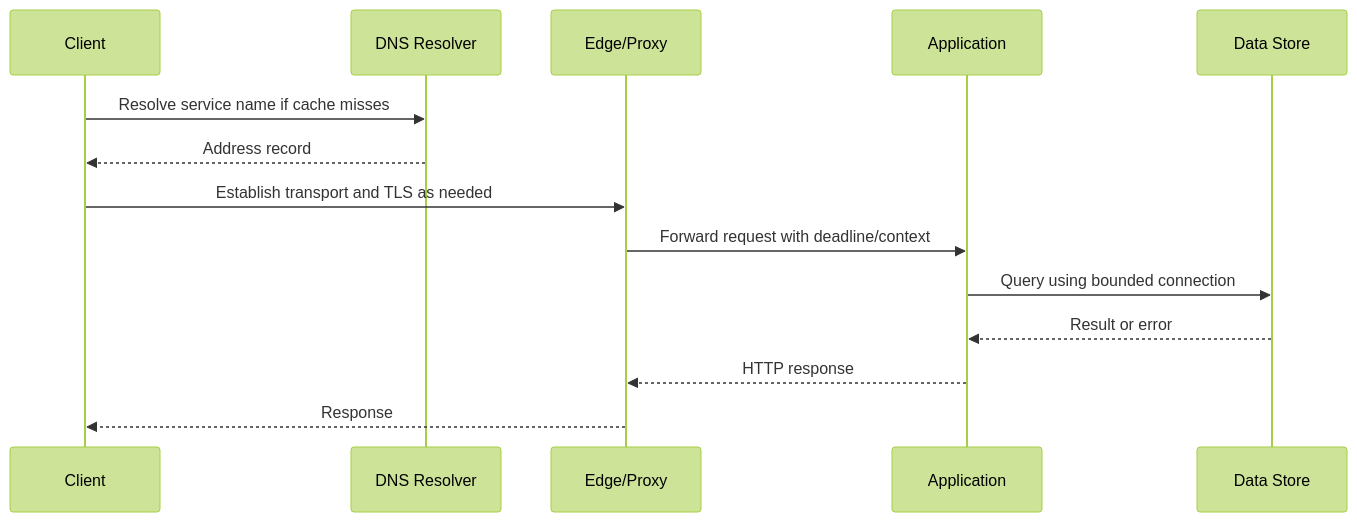
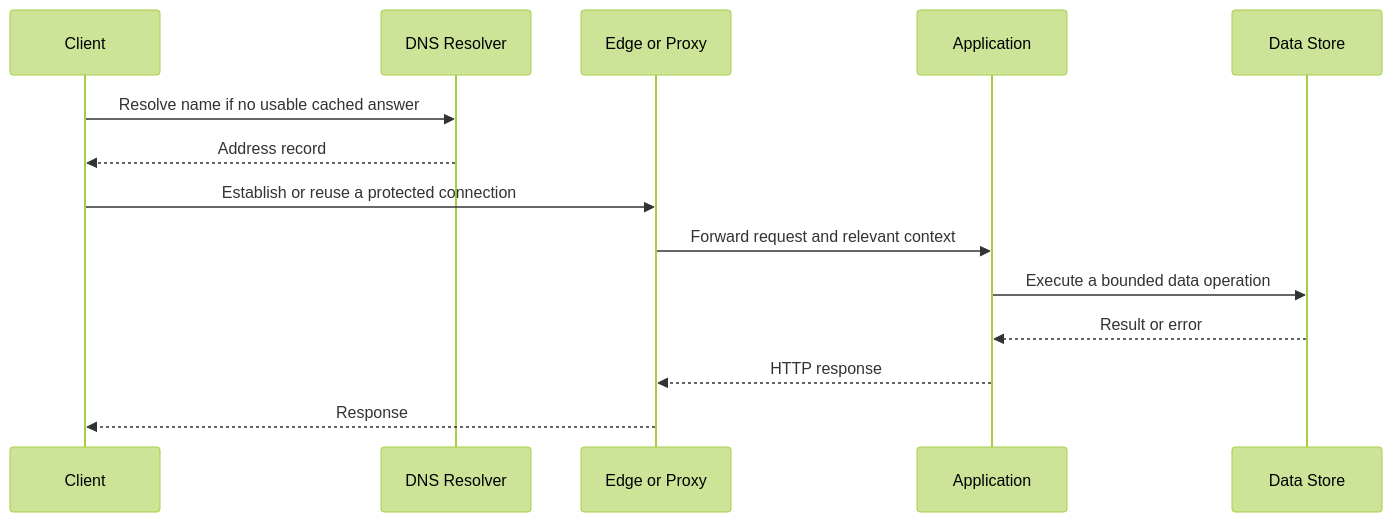
The diagram in system-design-mastery/chapters/05-networking/README.md (kowlutla/Interview_HandBook), drawn with Mermaid (forest theme) before and after one commit. The commit also changed other lines of this file, not shown here.

```diff
--- a/system-design-mastery/chapters/05-networking/README.md
+++ b/system-design-mastery/chapters/05-networking/README.md
@@ -51,16 +11,16 @@
 ~~~mermaid
 sequenceDiagram
   participant C as Client
   participant D as DNS Resolver
-  participant E as Edge/Proxy
+  participant E as Edge or Proxy
   participant A as Application
   participant DB as Data Store
-  C->>D: Resolve service name if cache misses
+  C->>D: Resolve name if no usable cached answer
   D-->>C: Address record
-  C->>E: Establish transport and TLS as needed
-  E->>A: Forward request with deadline/context
-  A->>DB: Query using bounded connection
+  C->>E: Establish or reuse a protected connection
+  E->>A: Forward request and relevant context
+  A->>DB: Execute a bounded data operation
   DB-->>A: Result or error
   A-->>E: HTTP response
   E-->>C: Response
 ~~~
```
